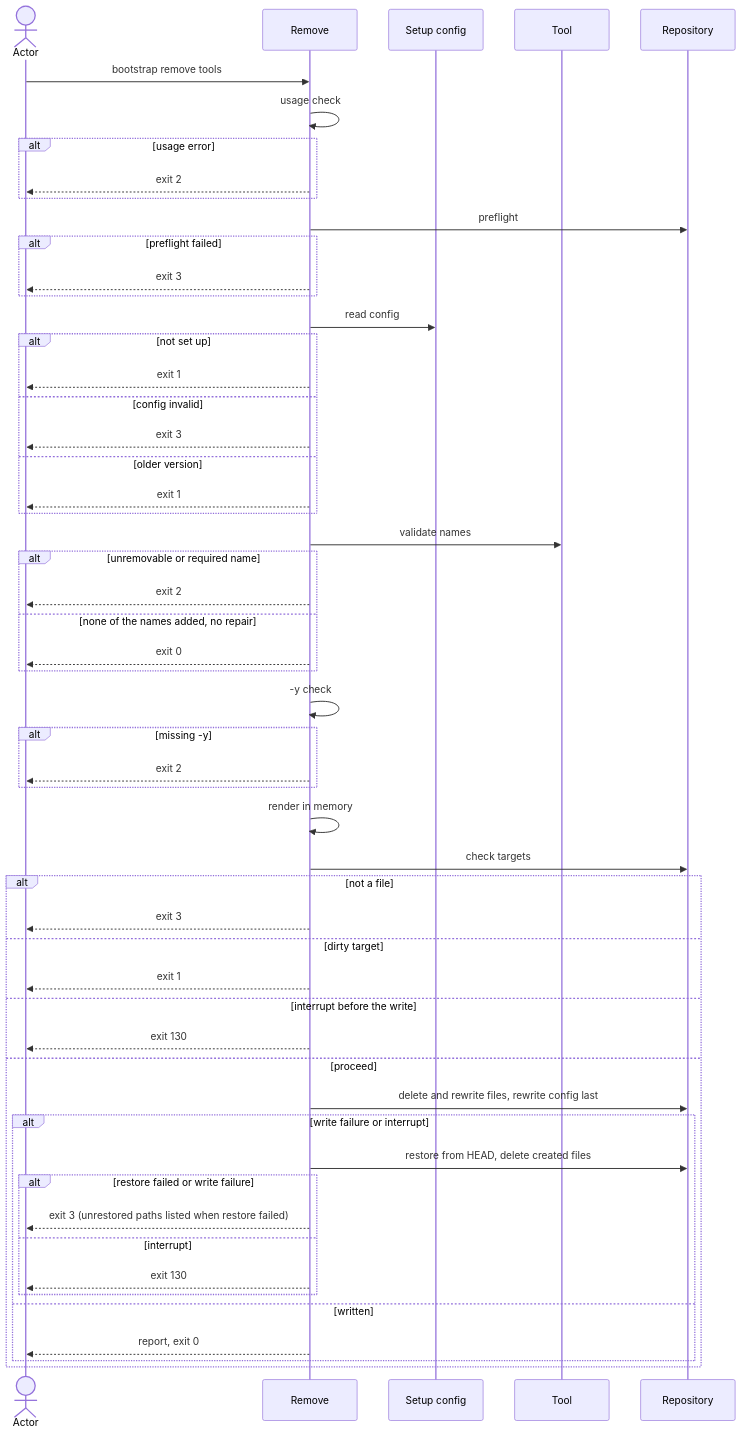
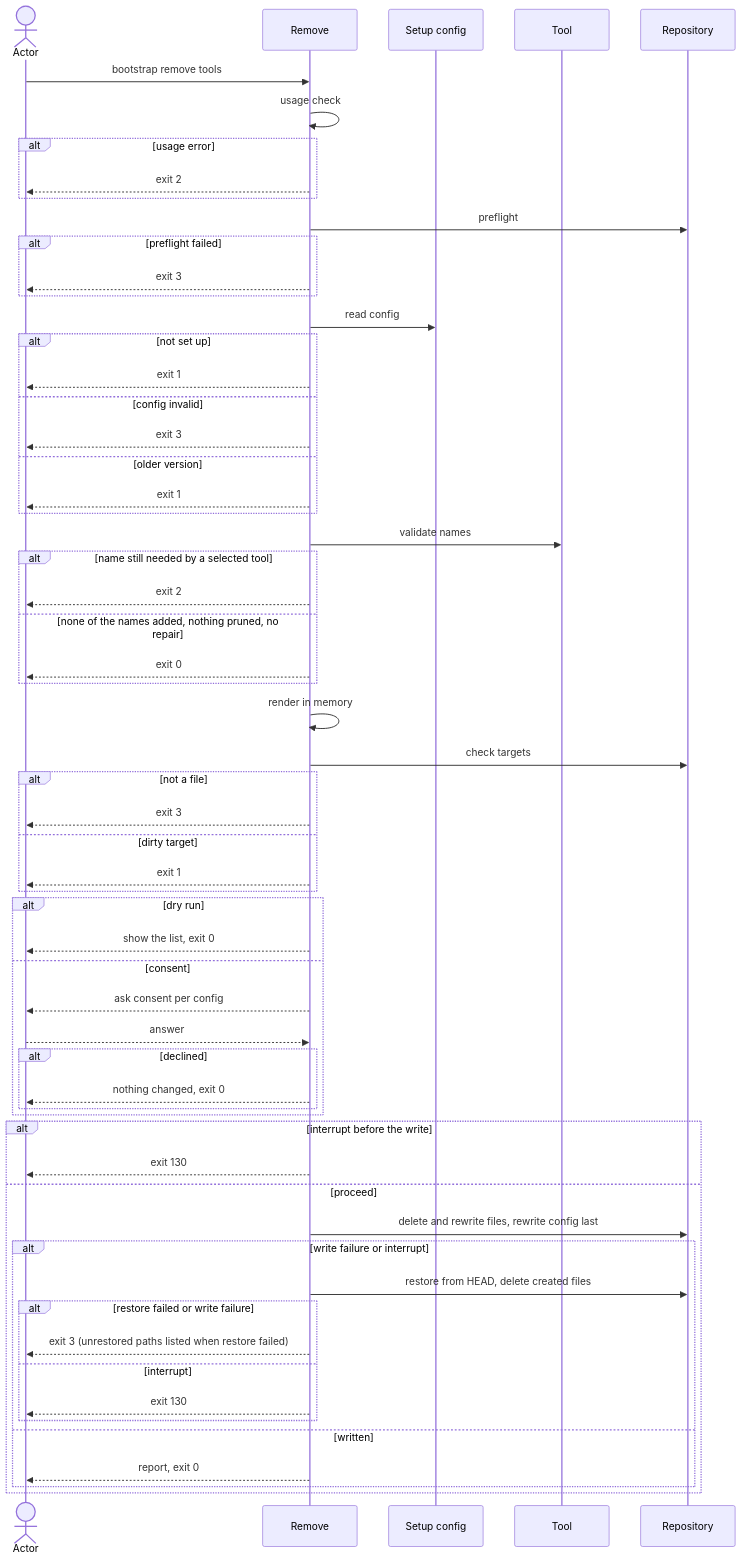
Before and after one commit to virajp/bootstrap: the diagram in docs/blueprint/flows/cli/150-remove-tool/index.md, drawn with Mermaid. The commit also changed other lines of this file and 17 other files, not shown here.

````diff
--- a/docs/blueprint/flows/cli/150-remove-tool/index.md
+++ b/docs/blueprint/flows/cli/150-remove-tool/index.md
@@ -120,56 +150,62 @@
 ```mermaid
 sequenceDiagram
     actor O as Actor
     participant M as Remove
     participant C as Setup config
     participant G as Tool
     participant R as Repository
     O->>M: bootstrap remove tools
     M->>M: usage check
     alt usage error
         M-->>O: exit 2
     end
     M->>R: preflight
     alt preflight failed
         M-->>O: exit 3
     end
     M->>C: read config
     alt not set up
         M-->>O: exit 1
     else config invalid
         M-->>O: exit 3
     else older version
         M-->>O: exit 1
     end
     M->>G: validate names
-    alt unremovable or required name
+    alt name still needed by a selected tool
         M-->>O: exit 2
-    else none of the names added, no repair
+    else none of the names added, nothing pruned, no repair
         M-->>O: exit 0
-    end
-    M->>M: -y check
-    alt missing -y
-        M-->>O: exit 2
     end
     M->>M: render in memory
     M->>R: check targets
     alt not a file
         M-->>O: exit 3
     else dirty target
         M-->>O: exit 1
-    else interrupt before the write
+    end
+    alt dry run
+        M-->>O: show the list, exit 0
+    else consent
+        M-->>O: ask consent per config
+        O-->>M: answer
+        alt declined
+            M-->>O: nothing changed, exit 0
+        end
+    end
+    alt interrupt before the write
         M-->>O: exit 130
     else proceed
         M->>R: delete and rewrite files, rewrite config last
         alt write failure or interrupt
             M->>R: restore from HEAD, delete created files
             alt restore failed or write failure
                 M-->>O: exit 3 (unrestored paths listed when restore failed)
             else interrupt
                 M-->>O: exit 130
             end
         else written
             M-->>O: report, exit 0
         end
     end
 ```
````
